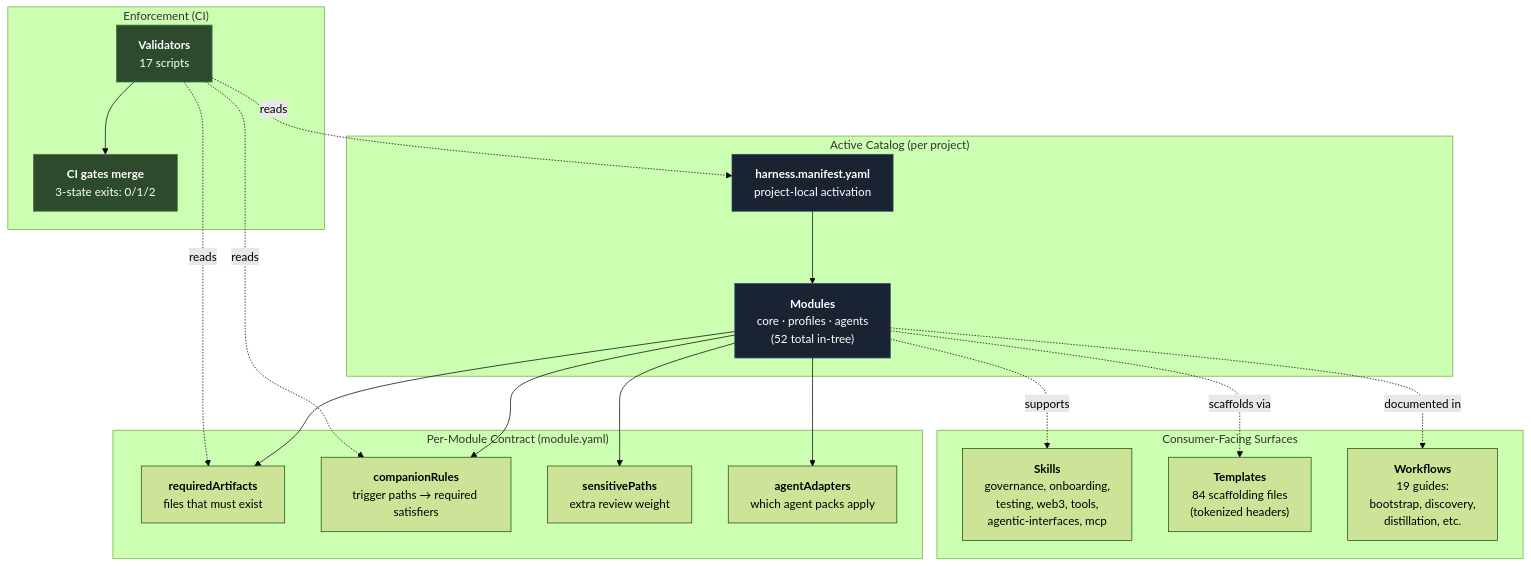
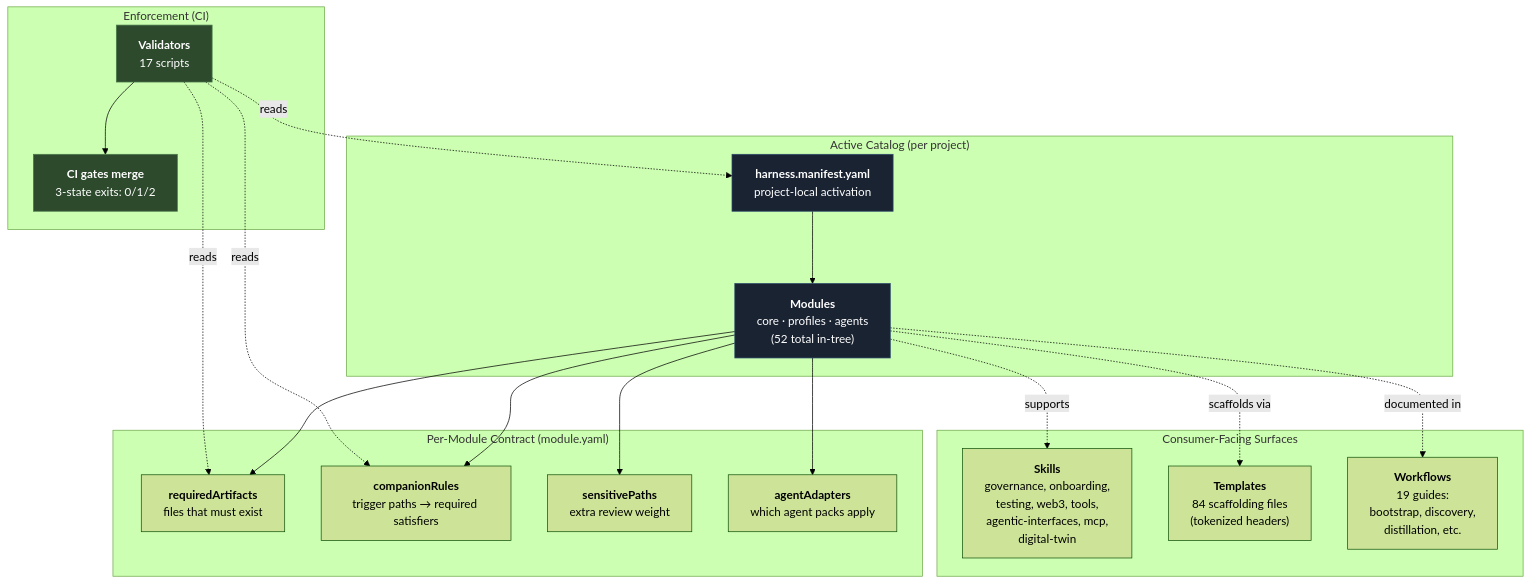
One commit to unclenate/auto-harness changed the first of 14 diagrams in docs/architecture/diagrams.md. Above: the diagram before and after it, drawn with Mermaid (forest theme). The commit also changed other lines of this file and 13 other files, not shown here.

````diff
--- a/docs/architecture/diagrams.md
+++ b/docs/architecture/diagrams.md
@@ -51,38 +51,38 @@
 ```mermaid
 flowchart TD
     Manifest["<b>harness.manifest.yaml</b><br/>project-local activation"]
 
     subgraph CATALOG["Active Catalog (per project)"]
         Manifest --> Modules["<b>Modules</b><br/>core · profiles · agents<br/>(52 total in-tree)"]
     end
 
     subgraph CONTRACT["Per-Module Contract (module.yaml)"]
         Modules --> Required["<b>requiredArtifacts</b><br/>files that must exist"]
         Modules --> Companions["<b>companionRules</b><br/>trigger paths → required satisfiers"]
         Modules --> Sensitive["<b>sensitivePaths</b><br/>extra review weight"]
         Modules --> Adapters["<b>agentAdapters</b><br/>which agent packs apply"]
     end
 
     subgraph ENFORCE["Enforcement (CI)"]
         Validators["<b>Validators</b><br/>17 scripts"]
         Validators -.reads.-> Manifest
         Validators -.reads.-> Required
         Validators -.reads.-> Companions
         Validators --> CIGate["<b>CI gates merge</b><br/>3-state exits: 0/1/2"]
     end
 
     subgraph SURFACE["Consumer-Facing Surfaces"]
-        Skills["<b>Skills</b><br/>governance, onboarding,<br/>testing, web3, tools,<br/>agentic-interfaces, mcp"]
+        Skills["<b>Skills</b><br/>governance, onboarding,<br/>testing, web3, tools,<br/>agentic-interfaces, mcp,<br/>digital-twin"]
         Templates["<b>Templates</b><br/>84 scaffolding files<br/>(tokenized headers)"]
         Workflows["<b>Workflows</b><br/>19 guides:<br/>bootstrap, discovery,<br/>distillation, etc."]
     end
 
     Modules -.supports.-> Skills
     Modules -.scaffolds via.-> Templates
     Modules -.documented in.-> Workflows
 
     style Manifest fill:#1a2332,stroke:#2c4a6b,color:#fff
     style Modules fill:#1a2332,stroke:#2c4a6b,color:#fff
     style Validators fill:#2d4a2d,stroke:#4a7a4a,color:#fff
     style CIGate fill:#2d4a2d,stroke:#4a7a4a,color:#fff
 ```
````
